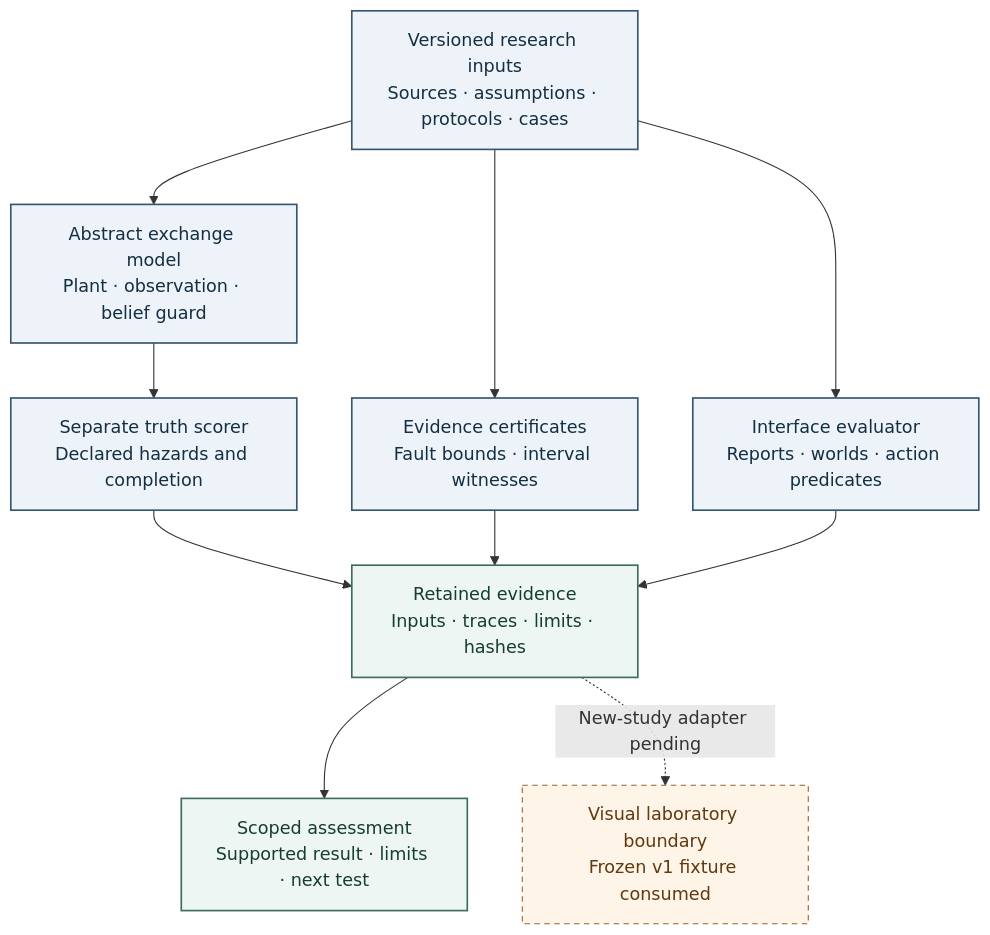
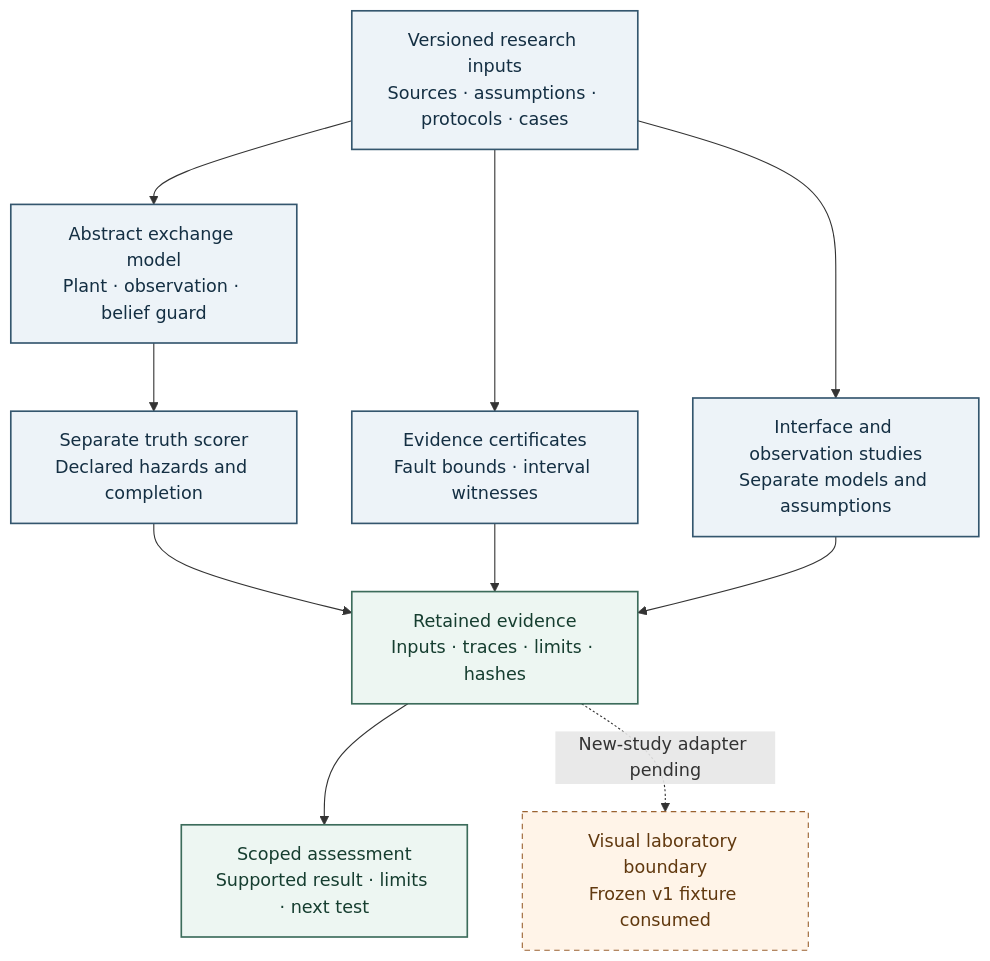
One commit to manfromnowhere143/cartan changed the second of 3 diagrams in README.md. Above: the diagram before and after it, drawn with Mermaid. The commit also changed other lines of this file and 21 other files, not shown here.

Commit message:
Retain observation evidence, reassess recovery prior art and prepare integration

````diff
--- a/README.md
+++ b/README.md
@@ -76,21 +82,21 @@
 ```mermaid
 flowchart TB
     accTitle: Implemented research architecture and UI boundary
-    accDescr: Versioned assumptions feed three separate research modules. The exchange model has separate truth scoring. All modules retain evidence for scoped assessment. A UI adapter for the newer studies remains proposed.
+    accDescr: Separate exchange, certificate, interface and observation studies retain evidence for scoped assessment. The exchange model has separate truth scoring. New analytical studies still need a reviewed UI adapter.
     A["Versioned research inputs<br/>Sources · assumptions · protocols · cases"]
     A --> X["Abstract exchange model<br/>Plant · observation · belief guard"]
     A --> C["Evidence certificates<br/>Fault bounds · interval witnesses"]
-    A --> I["Interface evaluator<br/>Reports · worlds · action predicates"]
+    A --> I["Interface and observation studies<br/>Separate models and assumptions"]
     X --> O["Separate truth scorer<br/>Declared hazards and completion"]
     O --> R["Retained evidence<br/>Inputs · traces · limits · hashes"]
     C --> R
     I --> R
     R --> D["Scoped assessment<br/>Supported result · limits · next test"]
     R -. "New-study adapter pending" .-> U["Visual laboratory boundary<br/>Frozen v1 fixture consumed"]
     classDef implemented fill:#edf3f8,stroke:#34566e,color:#142f43,stroke-width:1.5px;
     classDef record fill:#edf6f2,stroke:#3c6c5b,color:#163e30,stroke-width:1.5px;
     classDef proposed fill:#fff4e8,stroke:#9a6230,color:#61390f,stroke-dasharray:5 4;
     class A,X,C,I,O implemented;
     class R,D record;
     class U proposed;
 ```
````
